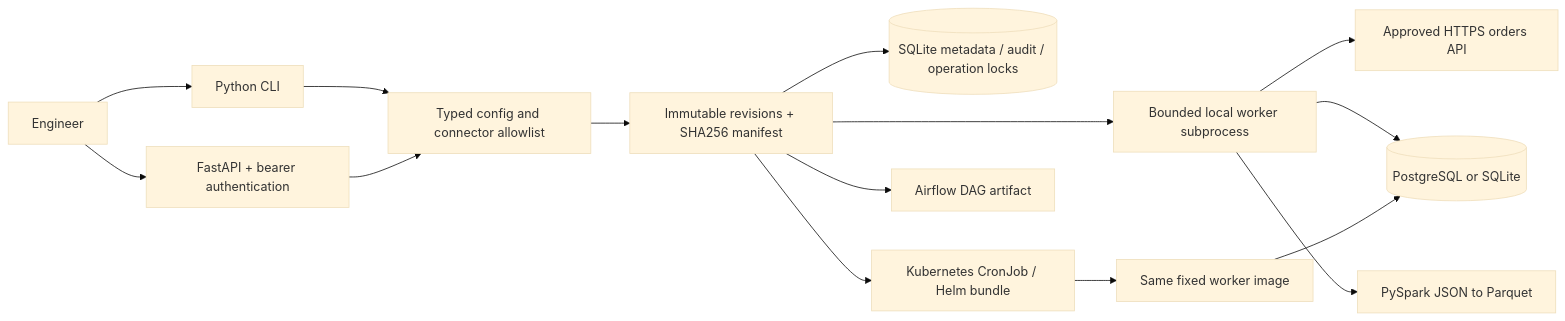
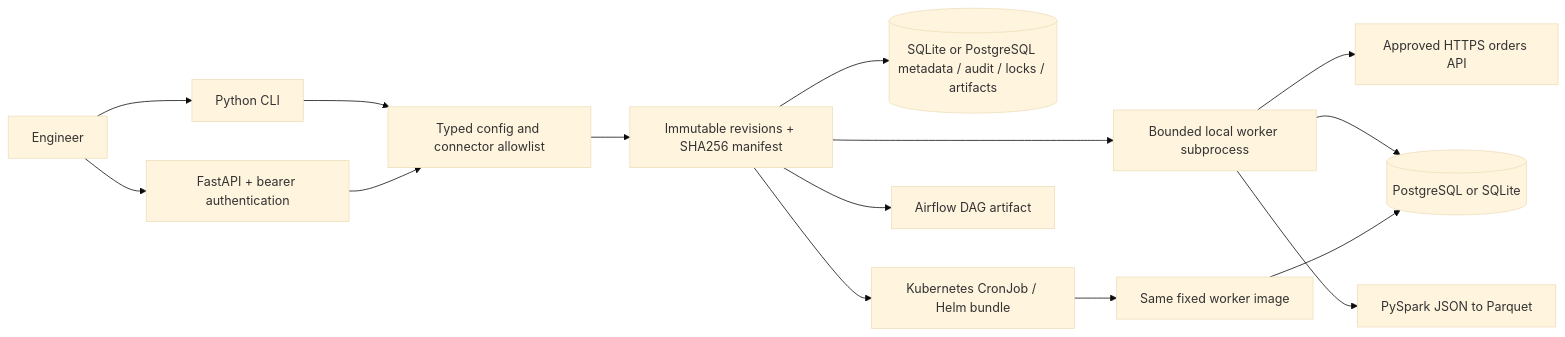
One commit to 9059Rohith/pipefoundry changed the diagram in README.md. Above: the diagram before and after it, drawn with Mermaid (base theme). The commit also changed other lines of this file and 54 other files, not shown here.

Commit message:
Harden public runtime and persist hosted pipeline receipts in PostgreSQL

````diff
--- a/README.md
+++ b/README.md
@@ -24,17 +24,17 @@
 ```mermaid
 flowchart LR
   U[Engineer] --> CLI[Python CLI]
   U --> API[FastAPI + bearer authentication]
   CLI --> V[Typed config and connector allowlist]
   API --> V
   V --> R[Immutable revisions + SHA256 manifest]
-  R --> M[(SQLite metadata / audit / operation locks)]
+  R --> M[(SQLite or PostgreSQL metadata / audit / locks / artifacts)]
   R --> L[Bounded local worker subprocess]
   R --> K[Kubernetes CronJob / Helm bundle]
   R --> A[Airflow DAG artifact]
   L --> H[Approved HTTPS orders API]
   L --> P[(PostgreSQL or SQLite)]
   L --> S[PySpark JSON to Parquet]
   K --> W[Same fixed worker image]
   W --> P
 ```
````
